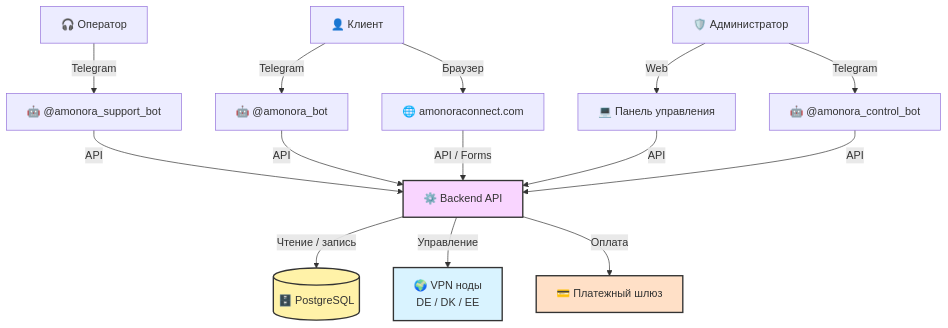
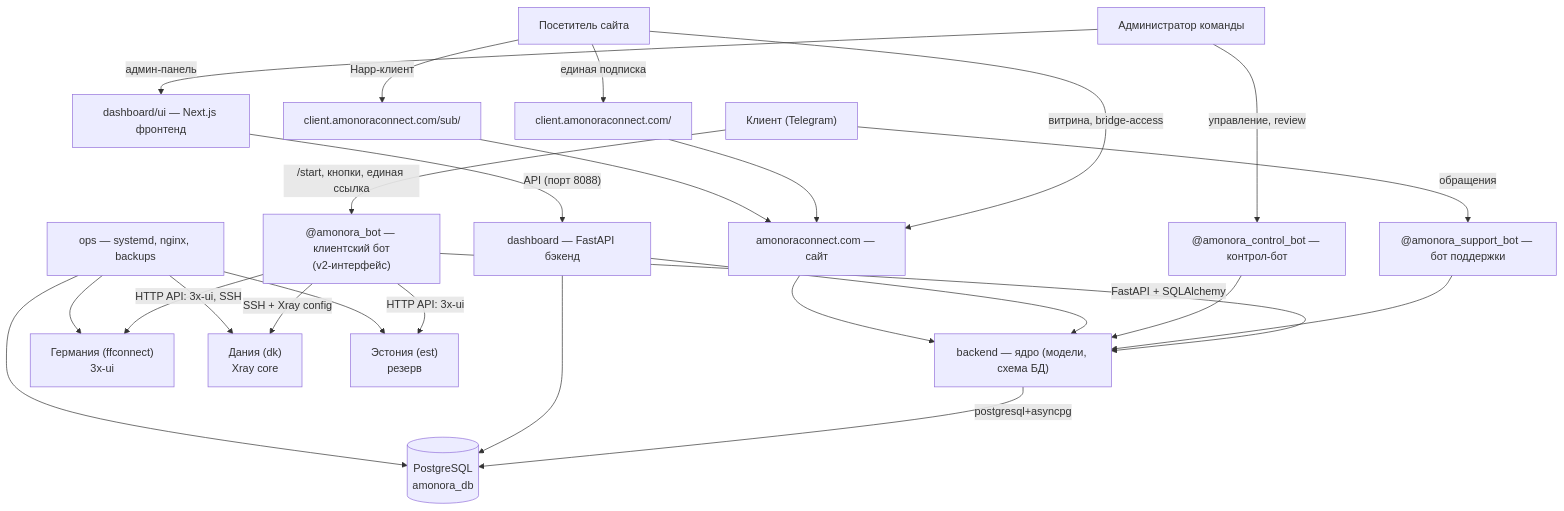
Before and after one commit to firefox0618/amonora: the first of 2 diagrams in docs/02-архитектура/общая-схема.md, drawn with Mermaid. The commit also changed other lines of this file and 62 other files, not shown here.

````diff
--- a/docs/02-архитектура/общая-схема.md
+++ b/docs/02-архитектура/общая-схема.md
@@ -9,39 +5,31 @@
 ```mermaid
-graph TD
-    User[👤 Клиент]
-    Support[🎧 Оператор]
-    Admin[🛡️ Администратор]
+graph TB
+    User["Клиент (Telegram)"] -->|/start, кнопки, единая ссылка| Bot["@amonora_bot — клиентский бот<br/>(v2-интерфейс)"]
+    User -->|обращения| SupportBot["@amonora_support_bot — бот поддержки"]
+    Admin["Администратор команды"] -->|управление, review| ControlBot["@amonora_control_bot — контрол-бот"]
+    Admin -->|админ-панель| DashboardUI["dashboard/ui — Next.js фронтенд"]
+    Visitor["Посетитель сайта"] -->|витрина, bridge-access| Landing["amonoraconnect.com — сайт"]
+    Visitor -->|единая подписка| SubPage["client.amonoraconnect.com/<token>"]
+    Visitor -->|Happ-клиент| HappFeed["client.amonoraconnect.com/sub/<token>"]
 
-    ClientBot[🤖 @amonora_bot]
-    SupportBot[🤖 @amonora_support_bot]
-    ControlBot[🤖 @amonora_control_bot]
-    Dashboard[💻 Панель управления]
-    Landing[🌐 amonoraconnect.com]
+    Bot -->|FastAPI + SQLAlchemy| Backend["backend — ядро (модели, схема БД)"]
+    SupportBot --> Backend
+    ControlBot --> Backend
+    DashboardUI -->|"API (порт 8088)"| DashboardBE["dashboard — FastAPI бэкенд"]
+    DashboardBE --> Backend
+    Landing --> Backend
+    SubPage --> Landing
+    HappFeed --> Landing
 
-    Backend[⚙️ Backend API]
-    DB[(🗄️ PostgreSQL)]
-    Nodes[🌍 VPN ноды<br/>DE / DK / EE]
-    PaymentGateway[💳 Платежный шлюз]
+    Backend -->|"postgresql+asyncpg"| PostgreSQL[("PostgreSQL<br/>amonora_db")]
+    DashboardBE --> PostgreSQL
 
-    User -->|Telegram| ClientBot
-    User -->|Браузер| Landing
+    Bot -->|HTTP API: 3x-ui, SSH| VPN_DE["Германия (ffconnect)<br/>3x-ui"]
+    Bot -->|SSH + Xray config| VPN_DK["Дания (dk)<br/>Xray core"]
+    Bot -->|HTTP API: 3x-ui| VPN_EE["Эстония (est)<br/>резерв"]
 
-    Support -->|Telegram| SupportBot
-    Admin -->|Web| Dashboard
-    Admin -->|Telegram| ControlBot
-
-    ClientBot -->|API| Backend
-    SupportBot -->|API| Backend
-    ControlBot -->|API| Backend
-    Dashboard -->|API| Backend
-    Landing -->|API / Forms| Backend
-
-    Backend -->|Чтение / запись| DB
-    Backend -->|Управление| Nodes
-    Backend -->|Оплата| PaymentGateway
-
-    style Backend fill:#f9d5ff,stroke:#333,stroke-width:2px
-    style DB fill:#fff2a8,stroke:#333,stroke-width:2px
-    style Nodes fill:#d9f3ff,stroke:#333,stroke-width:2px
-    style PaymentGateway fill:#ffe0c7,stroke:#333,stroke-width:2px
+    Ops["ops — systemd, nginx, backups"] --> PostgreSQL
+    Ops --> VPN_DE
+    Ops --> VPN_DK
+    Ops --> VPN_EE
 ```
````
